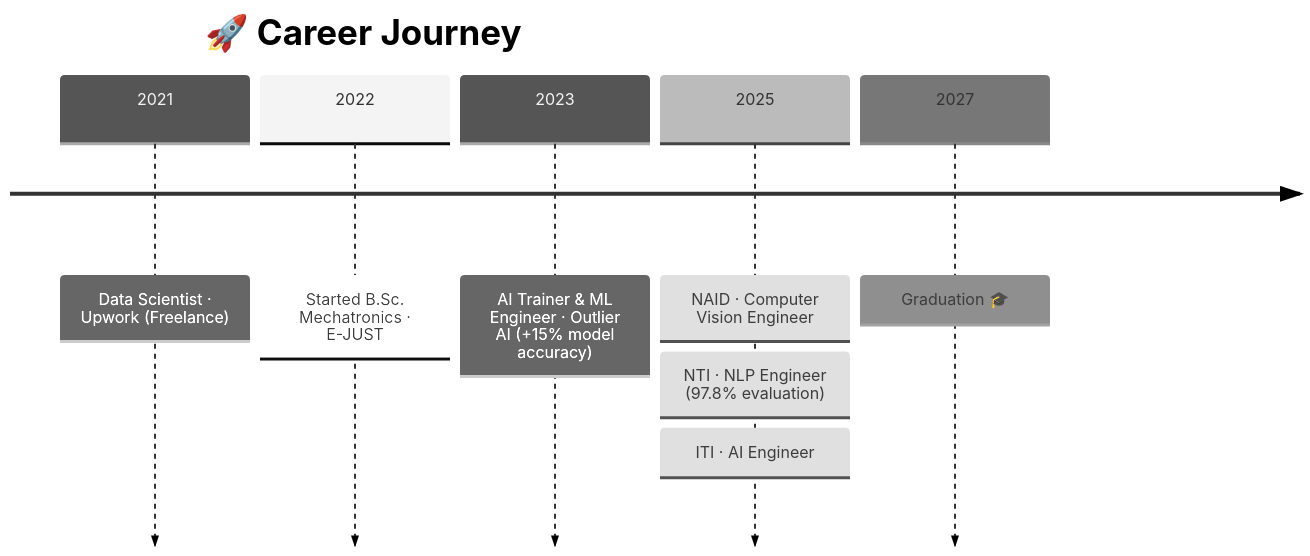
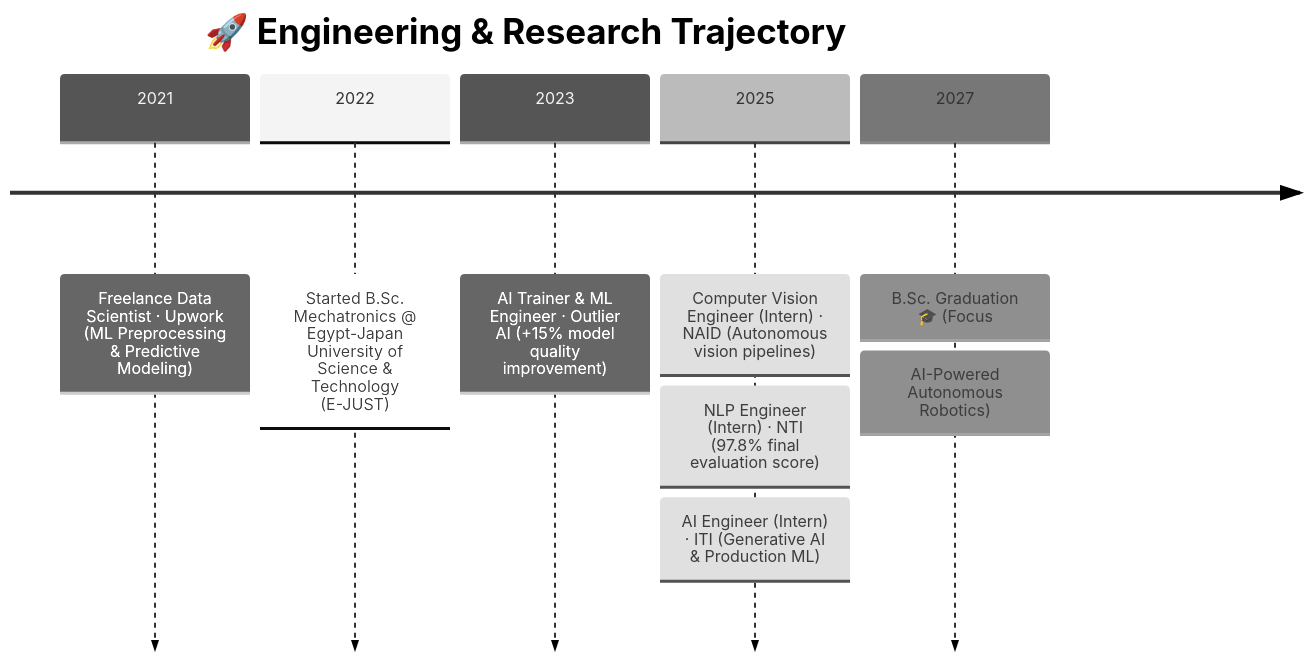
Before and after one commit to Alouakhalid/Alouakhalid: the diagram in README.md, drawn with Mermaid (neutral theme). The commit also changed other lines of this file and 5 other files, not shown here.

````diff
--- a/README.md
+++ b/README.md
@@ -135,11 +212,11 @@
 ```mermaid
 timeline
-    title 🚀 Career Journey
-    2021 : Data Scientist · Upwork (Freelance)
-    2022 : Started B.Sc. Mechatronics · E-JUST
-    2023 : AI Trainer & ML Engineer · Outlier AI (+15% model accuracy)
-    2025 : NAID · Computer Vision Engineer
-         : NTI · NLP Engineer (97.8% evaluation)
-         : ITI · AI Engineer
-    2027 : Graduation 🎓
+    title 🚀 Engineering & Research Trajectory
+    2021 : Freelance Data Scientist · Upwork (ML Preprocessing & Predictive Modeling)
+    2022 : Started B.Sc. Mechatronics @ Egypt-Japan University of Science & Technology (E-JUST)
+    2023 : AI Trainer & ML Engineer · Outlier AI (+15% model quality improvement)
+    2025 : Computer Vision Engineer (Intern) · NAID (Autonomous vision pipelines)
+         : NLP Engineer (Intern) · NTI (97.8% final evaluation score)
+         : AI Engineer (Intern) · ITI (Generative AI & Production ML)
+    2027 : B.Sc. Graduation 🎓 (Focus: AI-Powered Autonomous Robotics)
 ```
````
